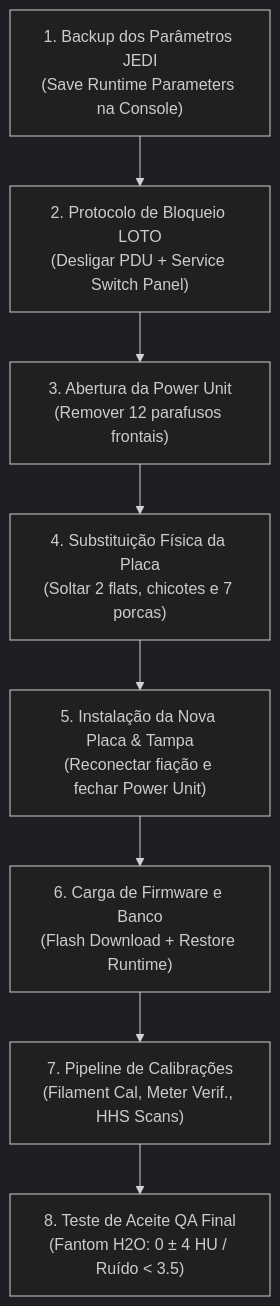
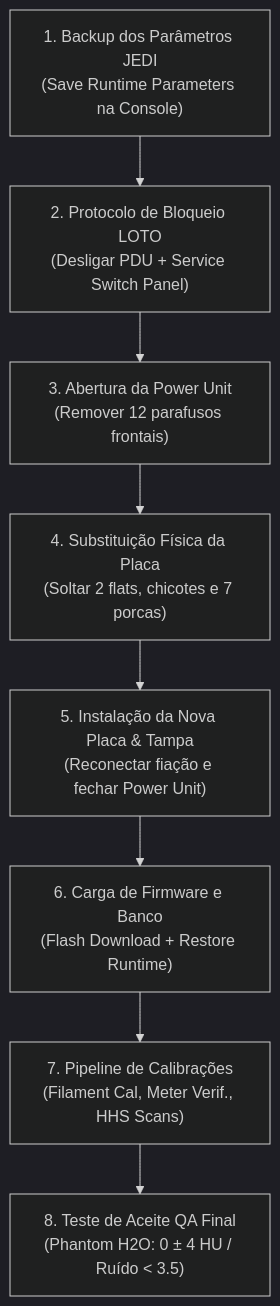
One commit to nettovitoriano-blip/emed-app changed the diagram in Manuais/TOMOGRAFO/GE/BRIGHTSPEED_LITE/01_INSTRUCOES_DE_TRABALHO/IT_13_Substituicao_Placa_KV_Control_Board_GE_BrightSpeed.md. Above: the diagram before and after it, drawn with Mermaid (dark theme). The commit also changed other lines of this file and 125 other files, not shown here.

````diff
--- a/Manuais/TOMOGRAFO/GE/BRIGHTSPEED_LITE/01_INSTRUCOES_DE_TRABALHO/IT_13_Substituicao_Placa_KV_Control_Board_GE_BrightSpeed.md
+++ b/Manuais/TOMOGRAFO/GE/BRIGHTSPEED_LITE/01_INSTRUCOES_DE_TRABALHO/IT_13_Substituicao_Placa_KV_Control_Board_GE_BrightSpeed.md
@@ -43,10 +50,10 @@
 ```mermaid
 flowchart TD
     A["1. Backup dos Parâmetros JEDI<br>(Save Runtime Parameters na Console)"] --> B["2. Protocolo de Bloqueio LOTO<br>(Desligar PDU + Service Switch Panel)"]
     B --> C["3. Abertura da Power Unit<br>(Remover 12 parafusos frontais)"]
     C --> D["4. Substituição Física da Placa<br>(Soltar 2 flats, chicotes e 7 porcas)"]
     D --> E["5. Instalação da Nova Placa & Tampa<br>(Reconectar fiação e fechar Power Unit)"]
     E --> F["6. Carga de Firmware e Banco<br>(Flash Download + Restore Runtime)"]
     F --> G["7. Pipeline de Calibrações<br>(Filament Cal, Meter Verif., HHS Scans)"]
-    G --> H["8. Teste de Aceite QA Final<br>(Fantom H2O: 0 ± 4 HU / Ruído < 3.5)"]
+    G --> H["8. Teste de Aceite QA Final<br>(Phantom H2O: 0 ± 4 HU / Ruído < 3.5)"]
 ```
````
